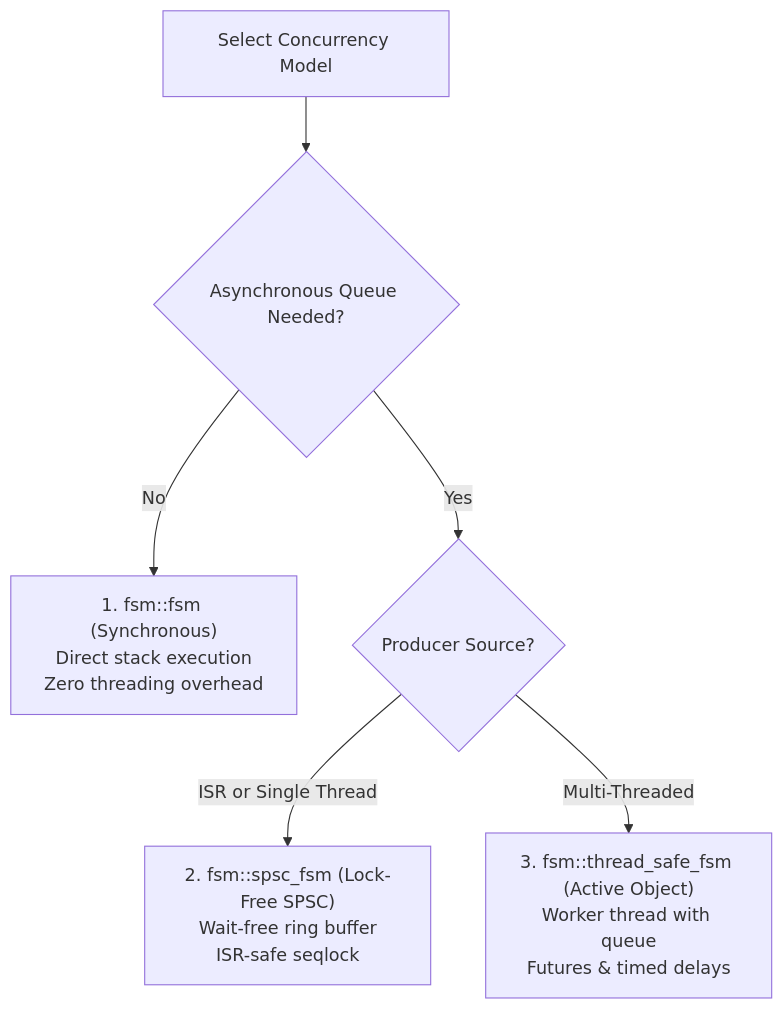
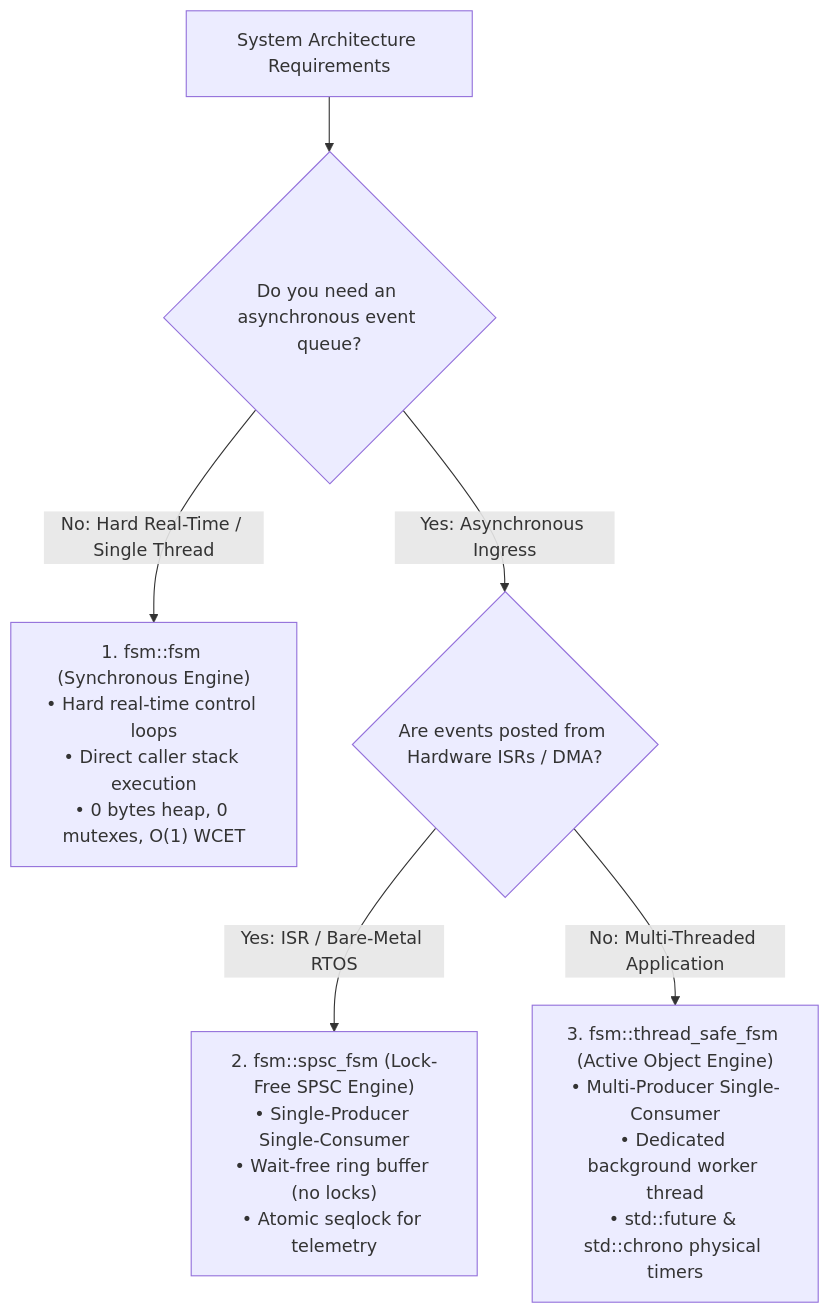
The diagram in docs/runtime_api/index.md (simoneCavalleri/fsmc), drawn with Mermaid before and after one commit. The commit also changed other lines of this file and 25 other files, not shown here.

First line of the commit message:
docs: restructure documentation into 6 pillars, expand guides, and add multi-target roadmaps

````diff
--- a/docs/runtime_api/index.md
+++ b/docs/runtime_api/index.md
@@ -56,10 +69,10 @@
 ```mermaid
 flowchart TD
-    Start["Select Concurrency Model"] --> Q1{"Asynchronous Queue Needed?"}
+    Start["System Architecture Requirements"] --> Q1{"Do you need an asynchronous event queue?"}
     
-    Q1 -->|No| Sync["1. fsm::fsm (Synchronous)<br/>Direct stack execution<br/>Zero threading overhead"]
-    Q1 -->|Yes| Q2{"Producer Source?"}
+    Q1 -->|No: Hard Real-Time / Single Thread| Sync["1. fsm::fsm (Synchronous Engine)<br/>• Hard real-time control loops<br/>• Direct caller stack execution<br/>• 0 bytes heap, 0 mutexes, O(1) WCET"]
+    Q1 -->|Yes: Asynchronous Ingress| Q2{"Are events posted from Hardware ISRs / DMA?"}
     
-    Q2 -->|ISR or Single Thread| SPSC["2. fsm::spsc_fsm (Lock-Free SPSC)<br/>Wait-free ring buffer<br/>ISR-safe seqlock"]
-    Q2 -->|Multi-Threaded| MPSC["3. fsm::thread_safe_fsm (Active Object)<br/>Worker thread with queue<br/>Futures & timed delays"]
+    Q2 -->|Yes: ISR / Bare-Metal RTOS| SPSC["2. fsm::spsc_fsm (Lock-Free SPSC Engine)<br/>• Single-Producer Single-Consumer<br/>• Wait-free ring buffer (no locks)<br/>• Atomic seqlock for telemetry"]
+    Q2 -->|No: Multi-Threaded Application| MPSC["3. fsm::thread_safe_fsm (Active Object Engine)<br/>• Multi-Producer Single-Consumer<br/>• Dedicated background worker thread<br/>• std::future & std::chrono physical timers"]
 ```
````
